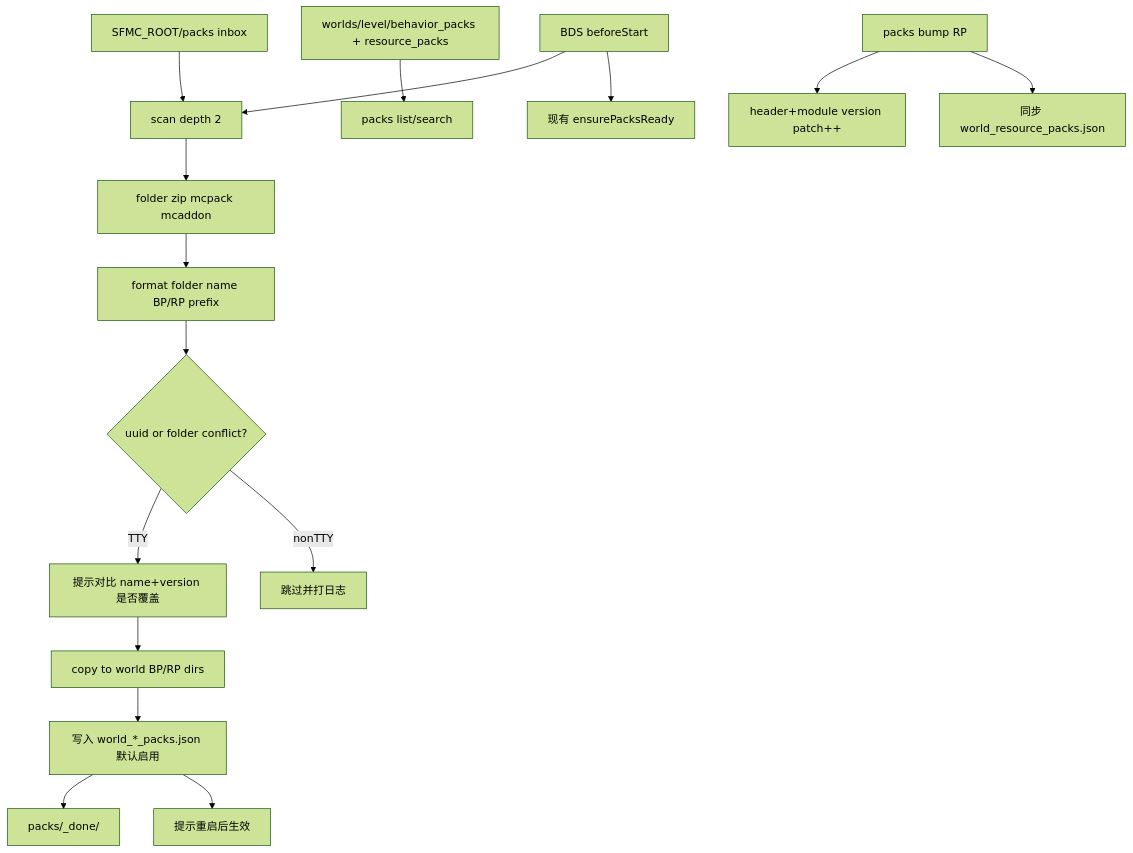
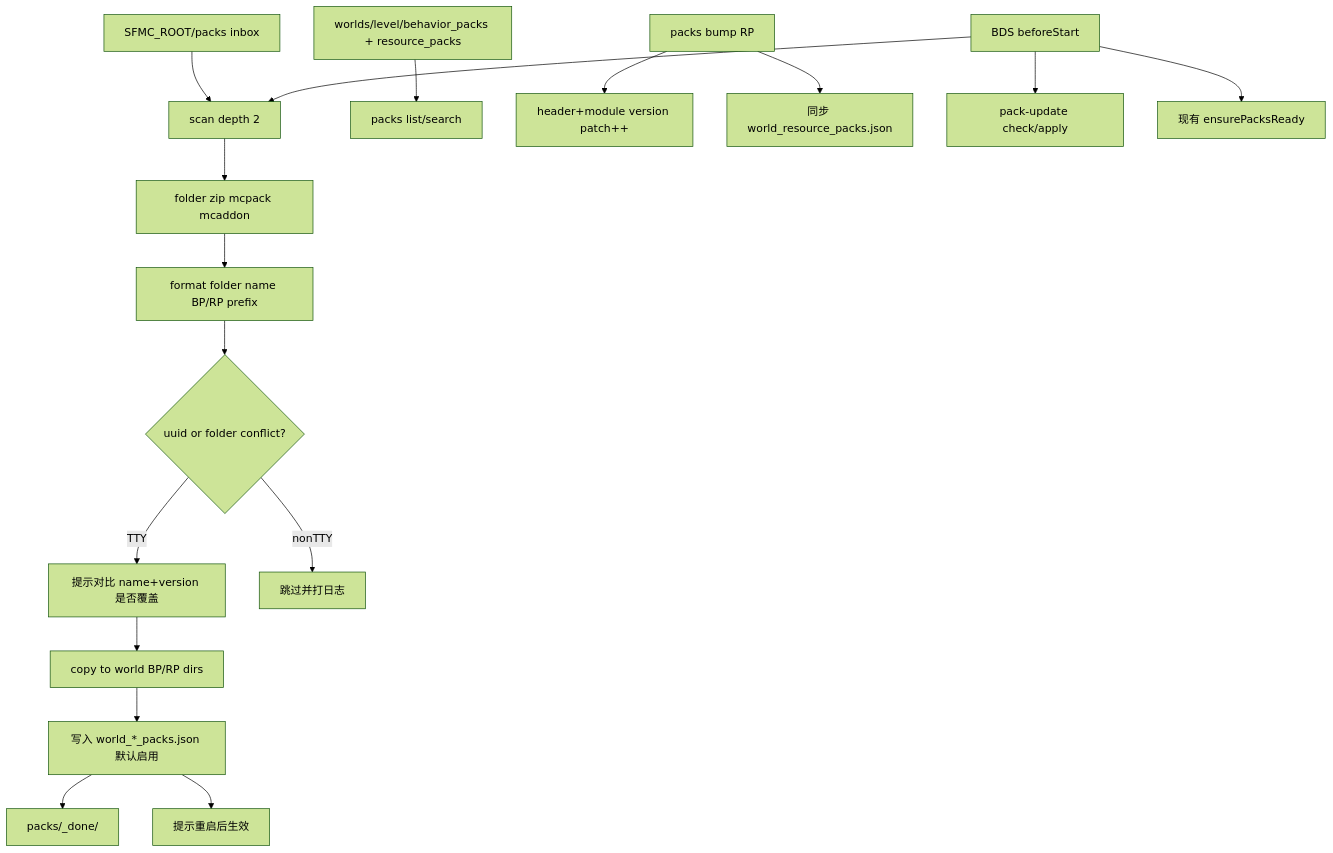
The diagram in docs/guide/world-packs.md (DogeLakeDev/ScriptsForMinecraftServer), drawn with Mermaid (forest theme) before and after one commit. The commit also changed other lines of this file and 32 other files, not shown here.

````diff
--- a/docs/guide/world-packs.md
+++ b/docs/guide/world-packs.md
@@ -20,18 +20,19 @@
 ```mermaid
 flowchart TB
   inbox["SFMC_ROOT/packs inbox"] --> scan[scan depth 2]
   scan --> detect[folder zip mcpack mcaddon]
   detect --> formatName[format folder name BP/RP prefix]
   formatName --> conflict{uuid or folder conflict?}
   conflict -->|TTY| prompt[提示对比 name+version 是否覆盖]
   conflict -->|nonTTY| skipWarn[跳过并打日志]
   prompt --> install[copy to world BP/RP dirs]
   install --> enable[写入 world_*_packs.json 默认启用]
   enable --> done["packs/_done/"]
   enable --> restartHint[提示重启后生效]
   world["worlds/level/behavior_packs + resource_packs"] --> list[packs list/search]
   bump[packs bump RP] --> manifest[header+module version patch++]
   bump --> enableList[同步 world_resource_packs.json]
   beforeStart[BDS beforeStart] --> scan
+  beforeStart --> packUpdate[pack-update check/apply]
   beforeStart --> ensurePacksReady[现有 ensurePacksReady]
 ```
````
